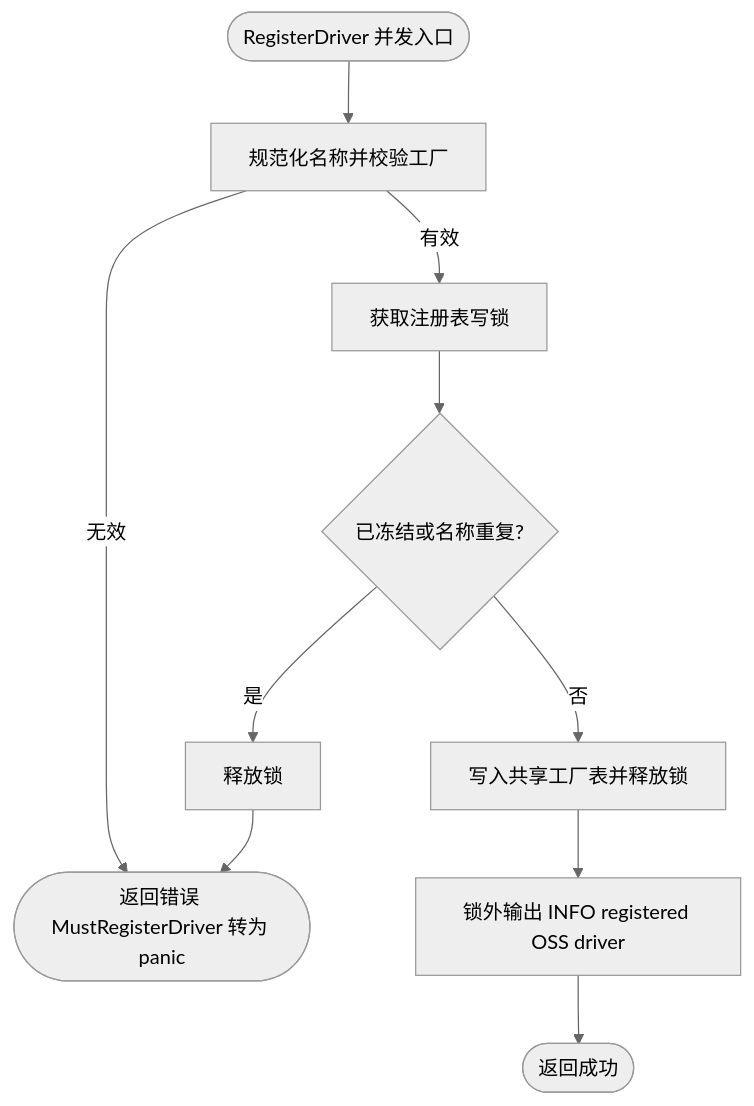
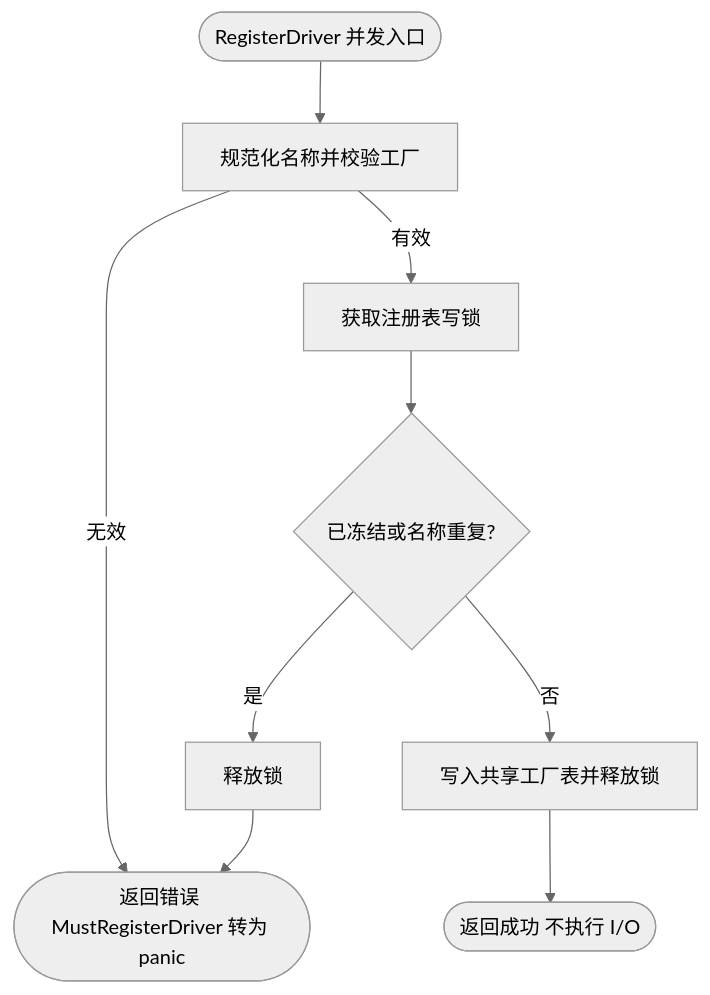
The first of 5 diagrams in pkg/oss/README.md (jaggerzhuang1994/kratos-foundation), drawn with Mermaid (neutral theme) before and after one commit. The commit also changed other lines of this file and 204 other files, not shown here.

````diff
--- a/pkg/oss/README.md
+++ b/pkg/oss/README.md
@@ -40,12 +40,11 @@
 ```mermaid
 flowchart TD
     A([RegisterDriver 并发入口]) --> B[规范化名称并校验工厂]
     B -- 无效 --> C([返回错误 MustRegisterDriver 转为 panic])
     B -- 有效 --> D[获取注册表写锁]
     D --> E{已冻结或名称重复?}
     E -- 是 --> F[释放锁]
     F --> C
     E -- 否 --> G[写入共享工厂表并释放锁]
-    G --> H[锁外输出 INFO registered OSS driver]
-    H --> I([返回成功])
+    G --> I([返回成功 不执行 I/O])
 ```
````
